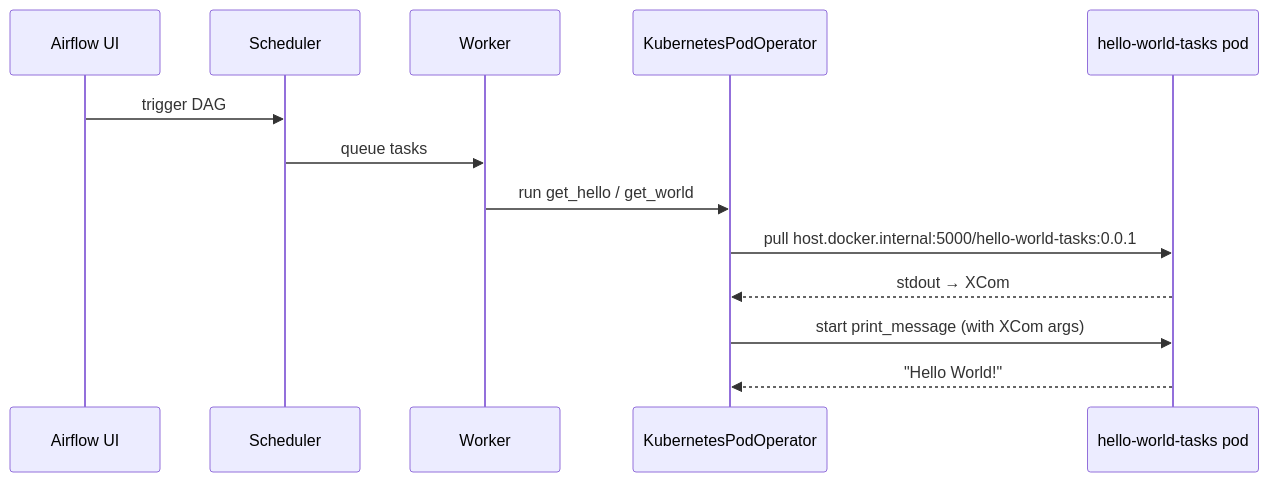
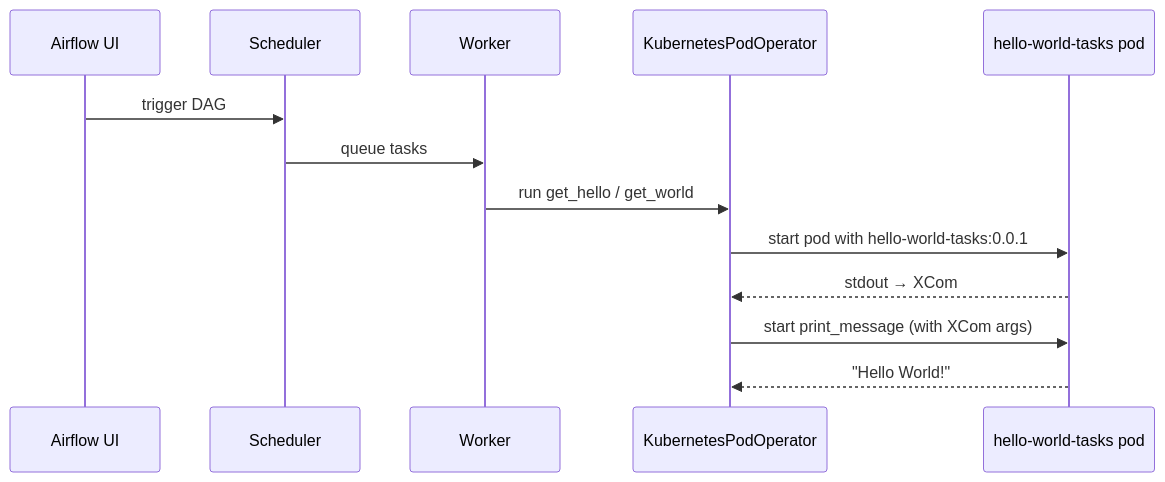
Before and after one commit to AdrienLibert/airflow-k8s-training: the diagram in README.md, drawn with Mermaid. The commit also changed other lines of this file and 19 other files, not shown here.

Commit message:
remove registry, rename load to push, add lib,  remove generated keep on flow

````diff
--- a/README.md
+++ b/README.md
@@ -56,16 +47,16 @@
 ```mermaid
 sequenceDiagram
     participant UI as Airflow UI
     participant Sched as Scheduler
     participant Worker as Worker
     participant KPO as KubernetesPodOperator
     participant Pod as hello-world-tasks pod
 
     UI->>Sched: trigger DAG
     Sched->>Worker: queue tasks
     Worker->>KPO: run get_hello / get_world
-    KPO->>Pod: pull host.docker.internal:5000/hello-world-tasks:0.0.1
+    KPO->>Pod: start pod with hello-world-tasks:0.0.1
     Pod-->>KPO: stdout → XCom
     KPO->>Pod: start print_message (with XCom args)
     Pod-->>KPO: "Hello World!"
 ```
````
